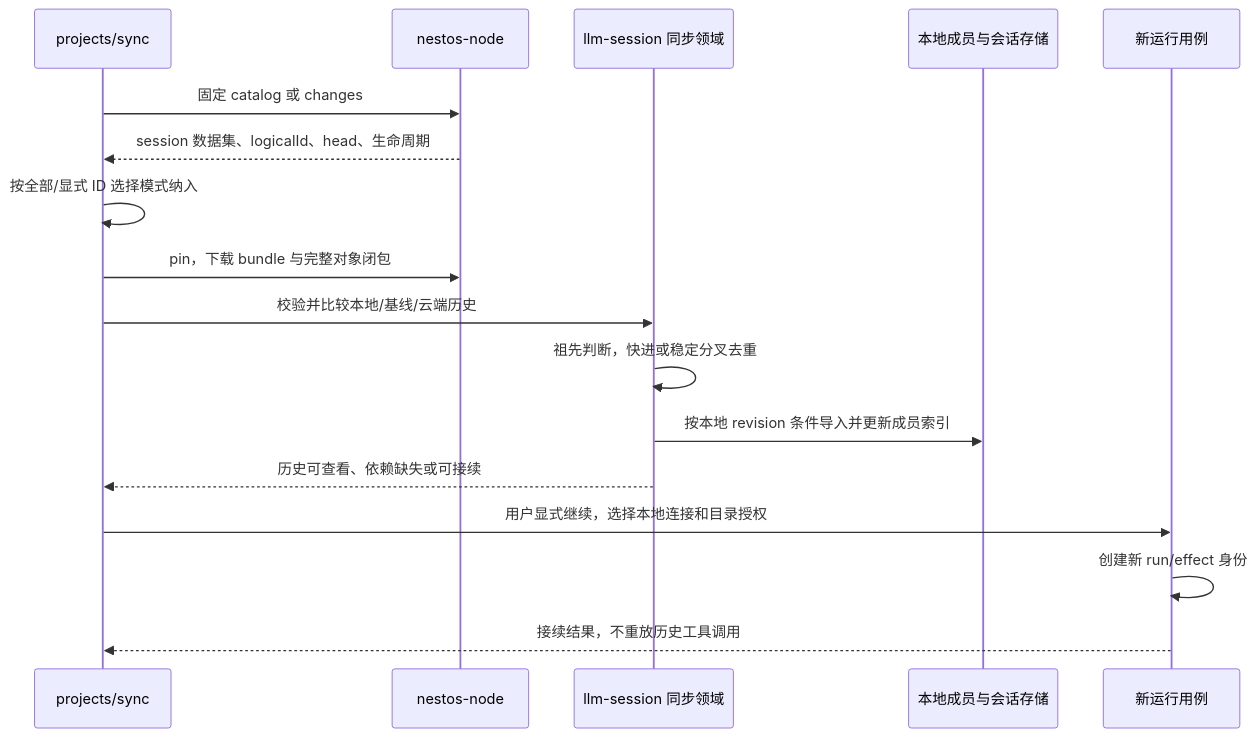
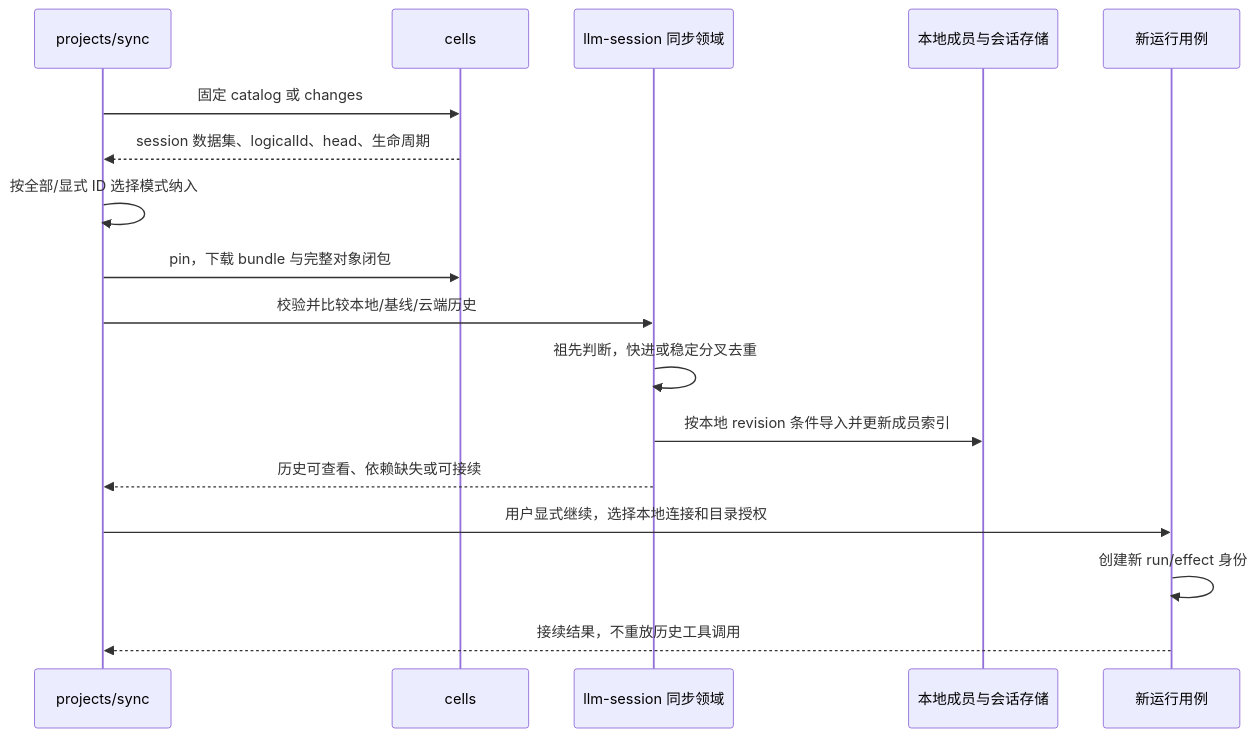
The fifth of 6 diagrams in doc/design/project-sync.md (mushuanli/NestOS), drawn with Mermaid before and after one commit. The commit also changed other lines of this file and 173 other files, not shown here.

Commit message:
refactor(cells)!: migrate node and driver identities across NestOS

````diff
--- a/doc/design/project-sync.md
+++ b/doc/design/project-sync.md
@@ -994,19 +994,19 @@
 ```mermaid
 sequenceDiagram
     participant P as projects/sync
-    participant S as nestos-node
+    participant S as cells
     participant D as llm-session 同步领域
     participant L as 本地成员与会话存储
     participant R as 新运行用例
     P->>S: 固定 catalog 或 changes
     S-->>P: session 数据集、logicalId、head、生命周期
     P->>P: 按全部/显式 ID 选择模式纳入
     P->>S: pin，下载 bundle 与完整对象闭包
     P->>D: 校验并比较本地/基线/云端历史
     D->>D: 祖先判断，快进或稳定分叉去重
     D->>L: 按本地 revision 条件导入并更新成员索引
     D-->>P: 历史可查看、依赖缺失或可接续
     P->>R: 用户显式继续，选择本地连接和目录授权
     R->>R: 创建新 run/effect 身份
     R-->>P: 接续结果，不重放历史工具调用
 ```
````
